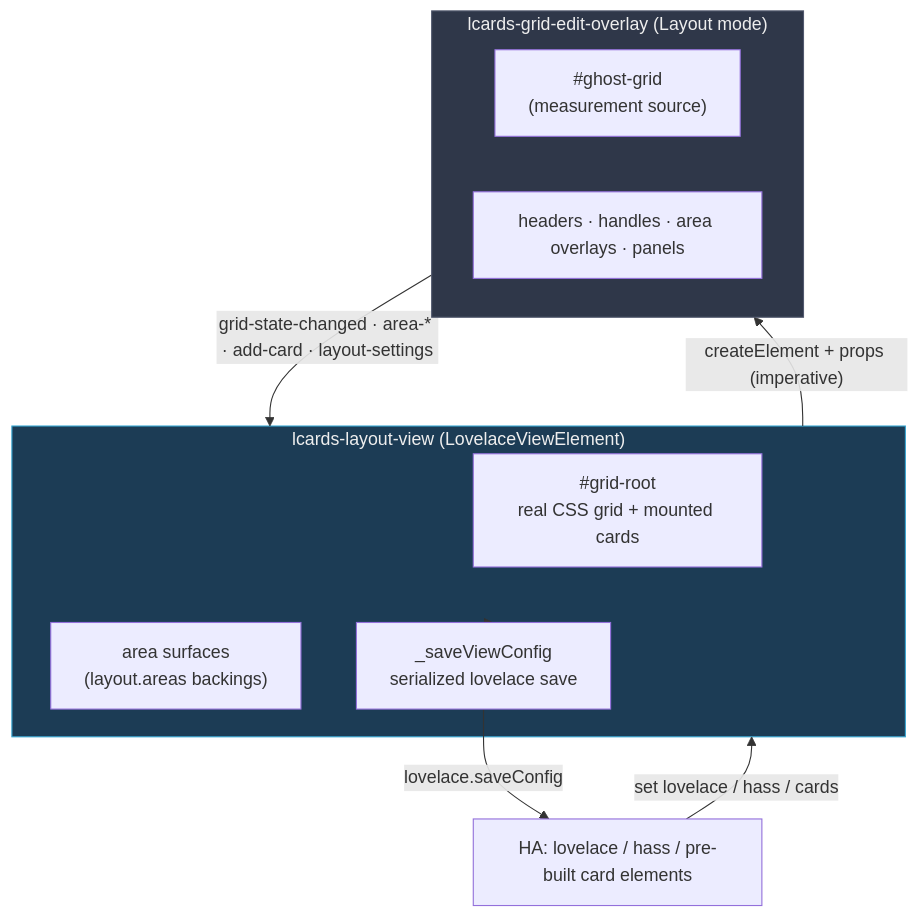
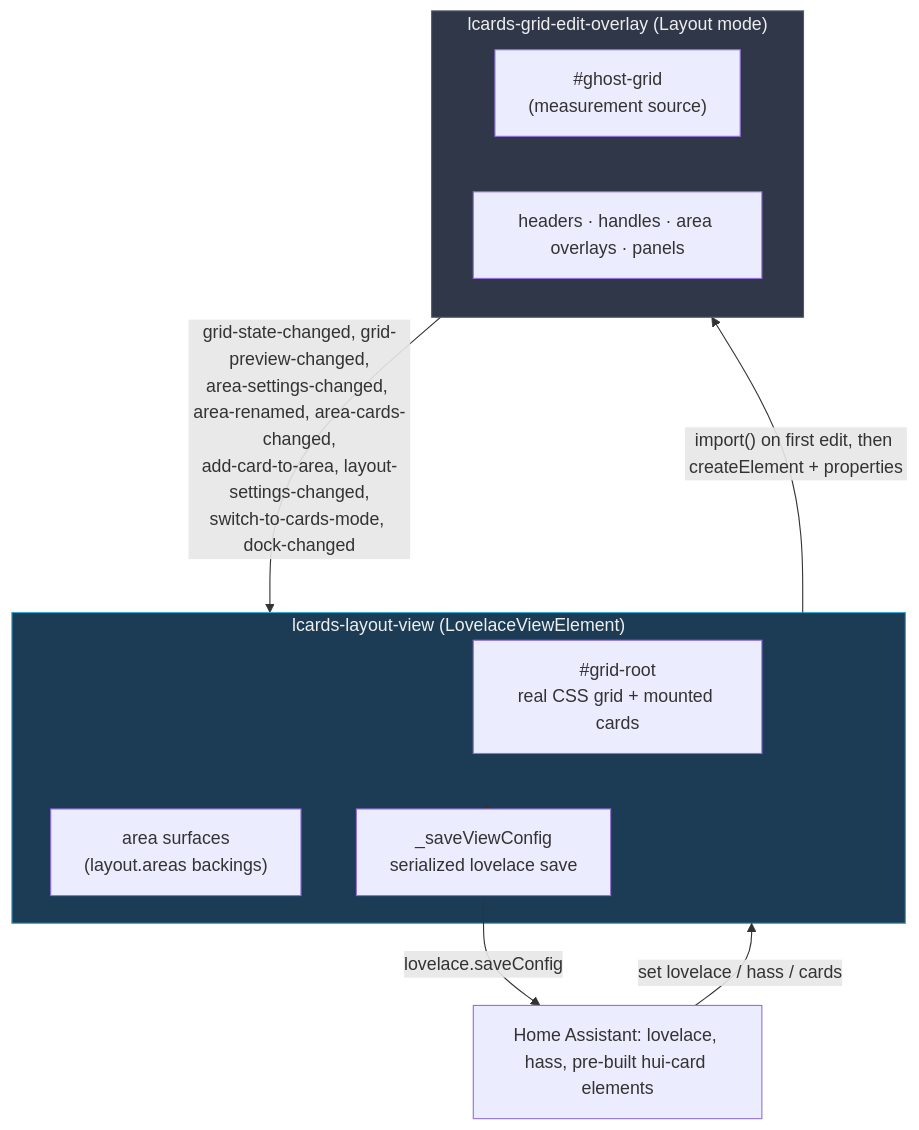
Before and after one commit to snootched/lcards: the first of 2 diagrams in doc/architecture/layout-view.md, drawn with Mermaid. The commit also changed other lines of this file and 91 other files, not shown here.

````diff
--- a/doc/architecture/layout-view.md
+++ b/doc/architecture/layout-view.md
@@ -28,21 +35,21 @@
 ```mermaid
 graph TB
     subgraph View["lcards-layout-view (LovelaceViewElement)"]
         Grid["#grid-root\nreal CSS grid + mounted cards"]
         Surfaces["area surfaces\n(layout.areas backings)"]
         Save["_saveViewConfig\nserialized lovelace save"]
     end
     subgraph Overlay["lcards-grid-edit-overlay (Layout mode)"]
         Ghost["#ghost-grid\n(measurement source)"]
         Chrome["headers · handles · area overlays · panels"]
     end
-    HA["HA: lovelace / hass / pre-built card elements"]
+    HA["Home Assistant: lovelace, hass, pre-built hui-card elements"]
 
     HA -->|"set lovelace / hass / cards"| View
-    View -->|"createElement + props (imperative)"| Overlay
-    Overlay -->|"grid-state-changed · area-* · add-card · layout-settings"| View
+    View -->|"import() on first edit, then createElement + properties"| Overlay
+    Overlay -->|"grid-state-changed, grid-preview-changed,<br/>area-settings-changed, area-renamed, area-cards-changed,<br/>add-card-to-area, layout-settings-changed,<br/>switch-to-cards-mode, dock-changed"| View
     View --> Save -->|"lovelace.saveConfig"| HA
 
     style View fill:#1c3c55,stroke:#37a6d1,color:#eee
     style Overlay fill:#2f3749,stroke:#52596e,color:#eee
 ```
````
